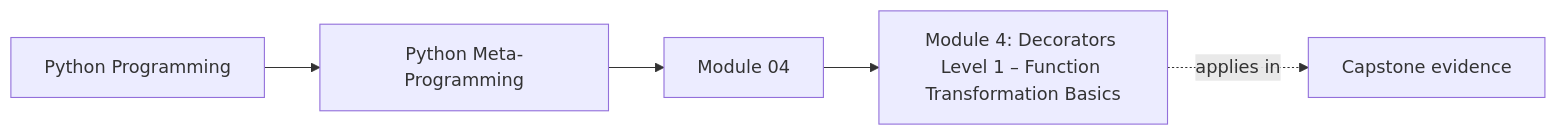
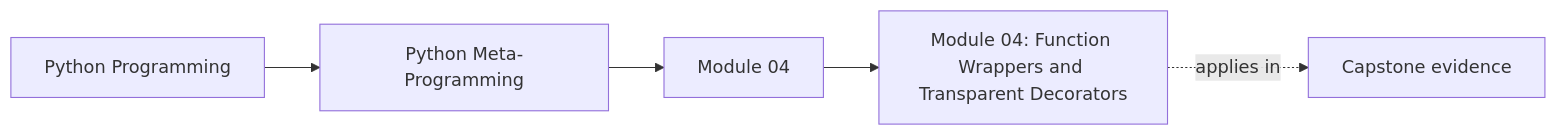
The first of 4 diagrams in programs/python-programming/python-meta-programming/course-book/module-04-function-wrappers-and-decorators/index.md (bijux/bijux-masterclass), drawn with Mermaid before and after one commit. The commit also changed other lines of this file and 11 other files, not shown here.

````diff
--- a/programs/python-programming/python-meta-programming/course-book/module-04-function-wrappers-and-decorators/index.md
+++ b/programs/python-programming/python-meta-programming/course-book/module-04-function-wrappers-and-decorators/index.md
@@ -8,11 +8,11 @@
 ```mermaid
 graph LR
   family["Python Programming"]
   program["Python Meta-Programming"]
   section["Module 04"]
-  page["Module 4: Decorators Level 1 – Function Transformation Basics"]
+  page["Module 04: Function Wrappers and Transparent Decorators"]
   capstone["Capstone evidence"]
 
   family --> program --> section --> page
   page -.applies in.-> capstone
 ```
````
